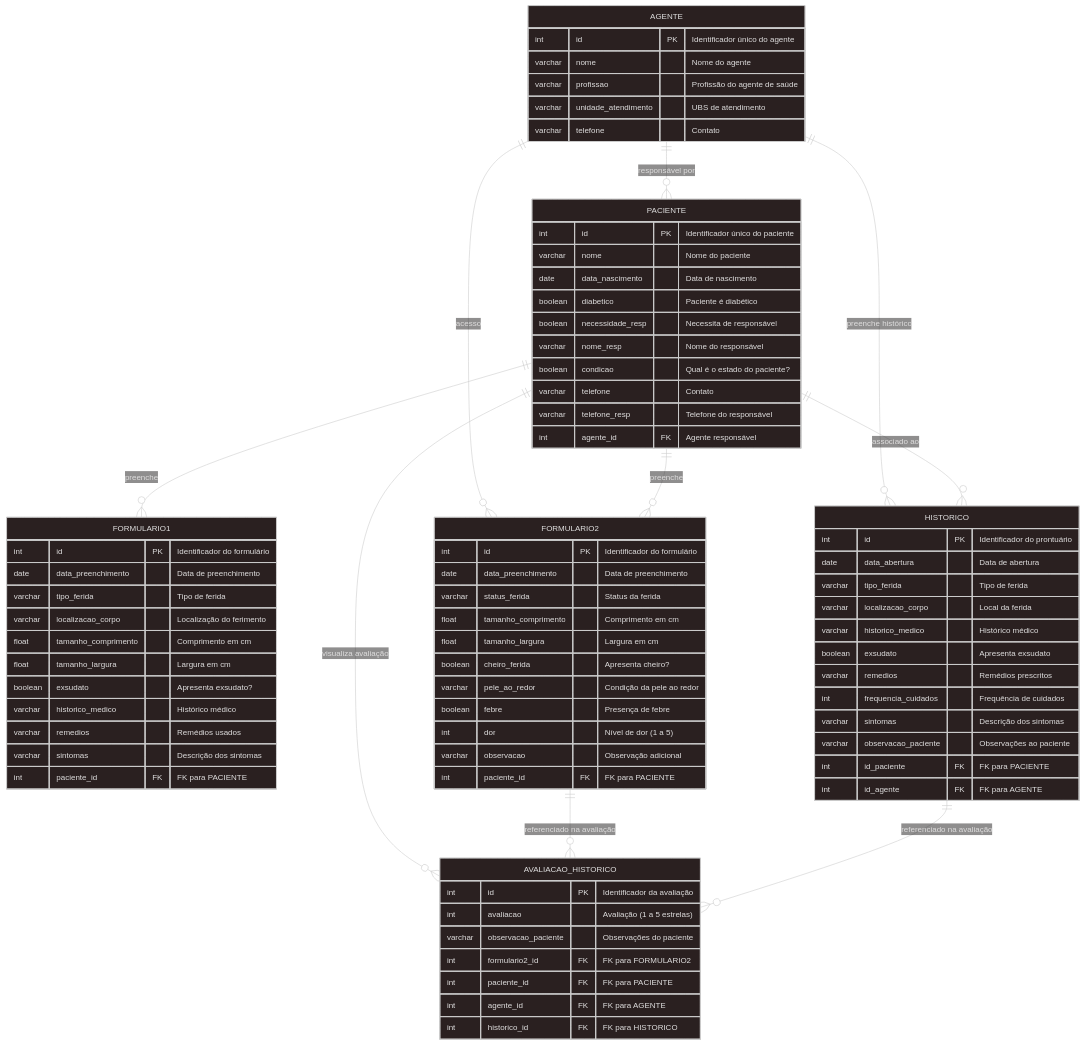
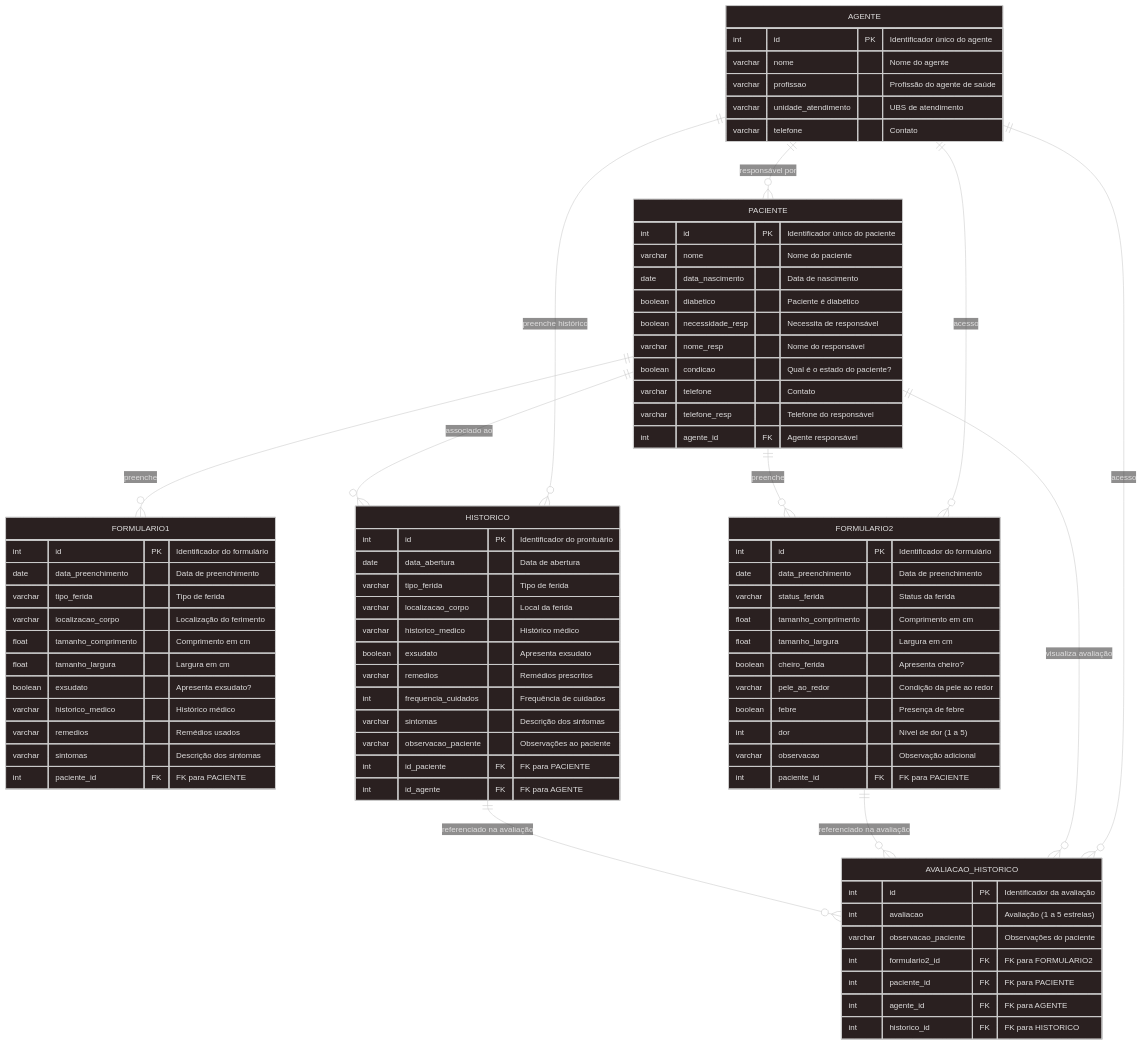
Before and after one commit to katz2009/2025-1B-T19-IN02-G02: the diagram in documentos/wad.md, drawn with Mermaid.

Commit message:
fix: correção acesso agente

```diff
--- a/documentos/wad.md
+++ b/documentos/wad.md
@@ -591,6 +591,7 @@
     %% Relacionamentos
     AGENTE ||--o{ PACIENTE : "responsável por"
     AGENTE ||--o{ FORMULARIO2 : "acesso"
+    AGENTE ||--o{ AVALIACAO_HISTORICO : "acesso"
     AGENTE ||--o{ HISTORICO : "preenche histórico"
     PACIENTE ||--o{ FORMULARIO1 : "preenche"
     PACIENTE ||--o{ FORMULARIO2 : "preenche"
```
